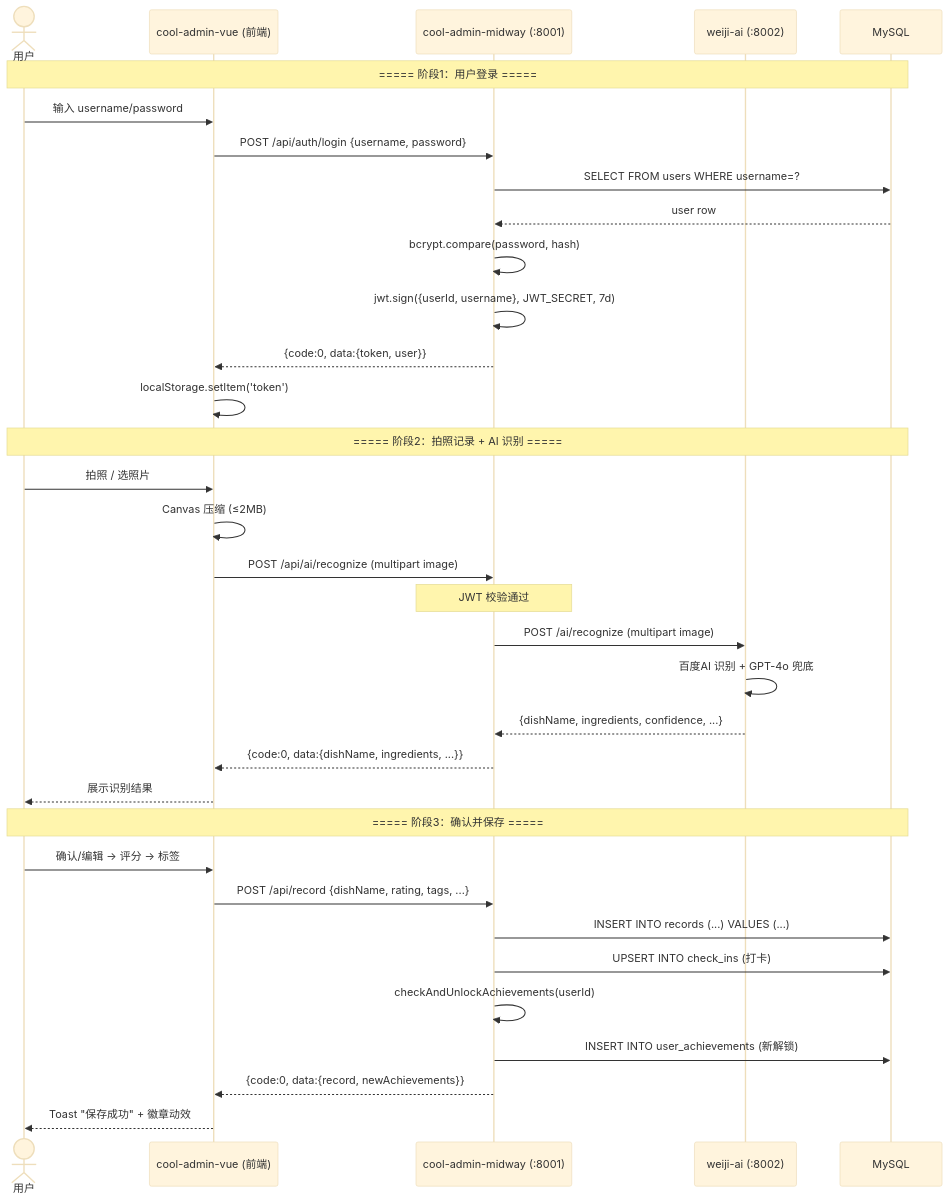
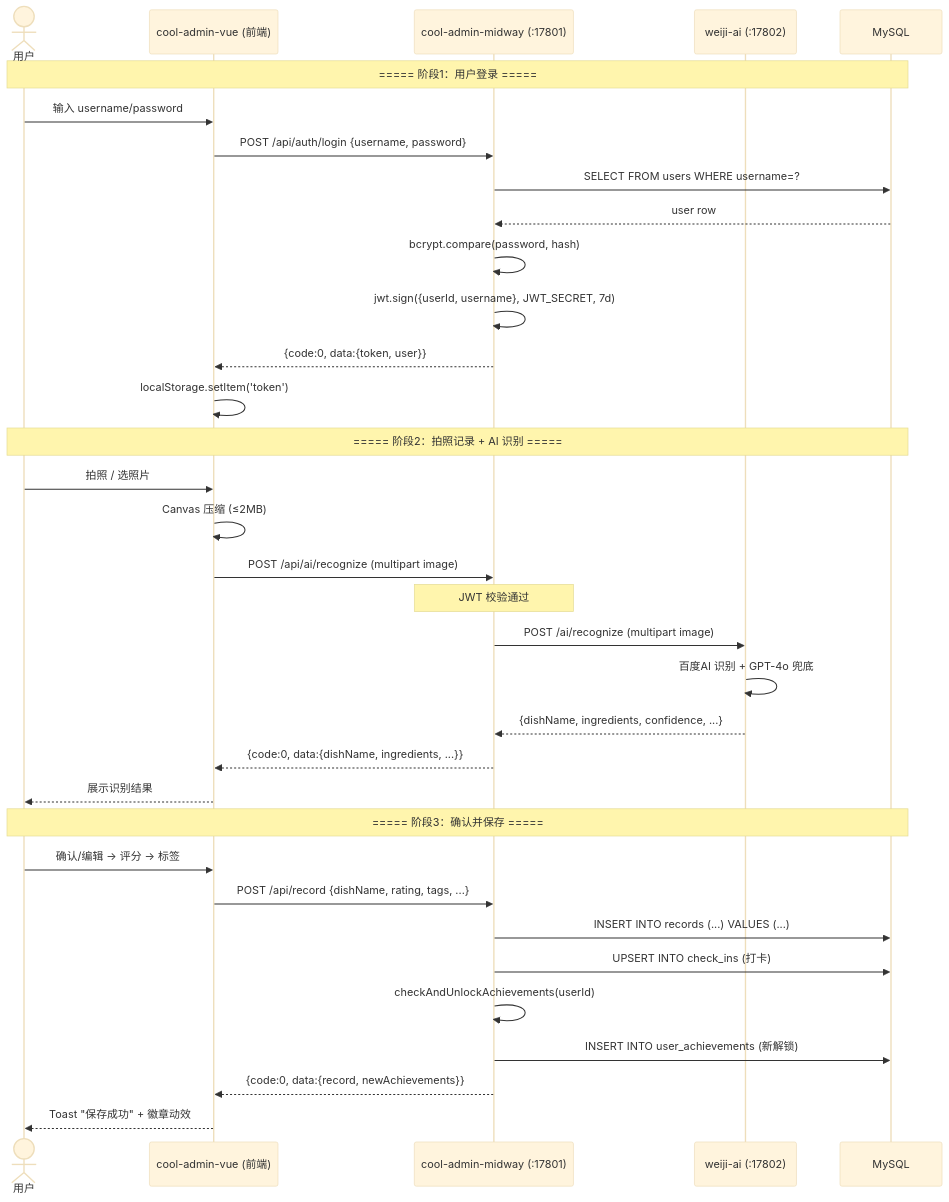
Before and after one commit to 12345VVA/AromaMemoir: the third of 6 diagrams in docs/system_design.md, drawn with Mermaid (base theme). The commit also changed other lines of this file and 29 other files, not shown here.

````diff
--- a/docs/system_design.md
+++ b/docs/system_design.md
@@ -604,39 +604,39 @@
 ```mermaid
 sequenceDiagram
     actor U as 用户
     participant FE as cool-admin-vue (前端)
-    participant BE as cool-admin-midway (:8001)
-    participant AI as weiji-ai (:8002)
+    participant BE as cool-admin-midway (:17801)
+    participant AI as weiji-ai (:17802)
     participant DB as MySQL
 
     Note over U,DB: ===== 阶段1：用户登录 =====
     U->>FE: 输入 username/password
     FE->>BE: POST /api/auth/login {username, password}
     BE->>DB: SELECT FROM users WHERE username=?
     DB-->>BE: user row
     BE->>BE: bcrypt.compare(password, hash)
     BE->>BE: jwt.sign({userId, username}, JWT_SECRET, 7d)
     BE-->>FE: {code:0, data:{token, user}}
     FE->>FE: localStorage.setItem('token')
 
     Note over U,DB: ===== 阶段2：拍照记录 + AI 识别 =====
     U->>FE: 拍照 / 选照片
     FE->>FE: Canvas 压缩 (≤2MB)
     FE->>BE: POST /api/ai/recognize (multipart image)
     Note over BE: JWT 校验通过
     BE->>AI: POST /ai/recognize (multipart image)
     AI->>AI: 百度AI 识别 + GPT-4o 兜底
     AI-->>BE: {dishName, ingredients, confidence, ...}
     BE-->>FE: {code:0, data:{dishName, ingredients, ...}}
     FE-->>U: 展示识别结果
 
     Note over U,DB: ===== 阶段3：确认并保存 =====
     U->>FE: 确认/编辑 → 评分 → 标签
     FE->>BE: POST /api/record {dishName, rating, tags, ...}
     BE->>DB: INSERT INTO records (...) VALUES (...)
     BE->>DB: UPSERT INTO check_ins (打卡)
     BE->>BE: checkAndUnlockAchievements(userId)
     BE->>DB: INSERT INTO user_achievements (新解锁)
     BE-->>FE: {code:0, data:{record, newAchievements}}
     FE-->>U: Toast "保存成功" + 徽章动效
 ```
````
